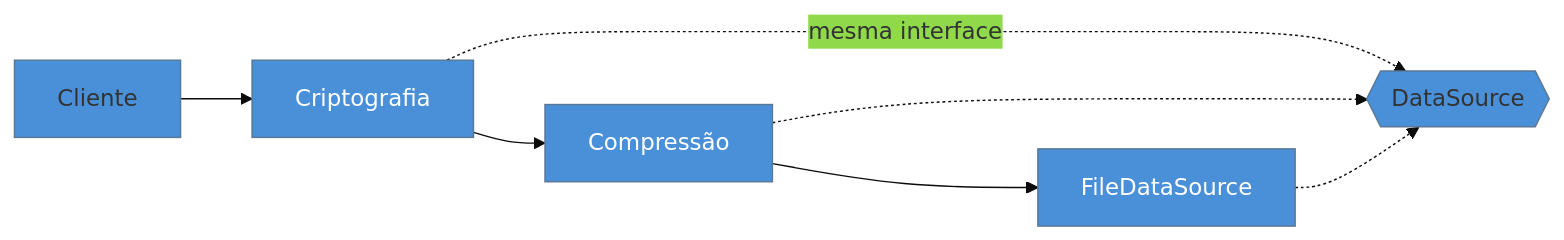
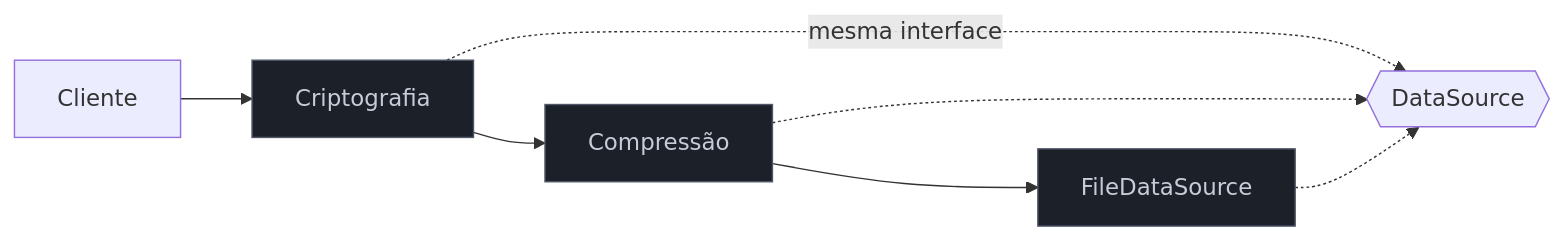
Before and after one commit to josenaldo/codex-technomanticus: the diagram in 03-Dominios/Engenharia/Design de Software/Padrões de Projeto/Clássicos (GoF)/08 - Decorator.md, drawn with Mermaid. The commit also changed 1181 other files, not shown here.

First line of the commit message:
fix(diagramas): paleta do sistema no lugar de cor cravada no markdown

````diff
--- a/03-Dominios/Engenharia/Design de Software/Padrões de Projeto/Clássicos (GoF)/08 - Decorator.md
+++ b/03-Dominios/Engenharia/Design de Software/Padrões de Projeto/Clássicos (GoF)/08 - Decorator.md
@@ -34,12 +34,12 @@
 ```mermaid
-%%{init: {"theme": "base", "themeVariables": {"primaryColor": "#4A90D9"}}}%%
 graph LR
+    classDef neutro fill:#1B2029,stroke:#4E5666,color:#C6CCD8
     Cliente --> D1[Criptografia] --> D2[Compressão] --> Core[FileDataSource]
     D1 -.mesma interface.-> I{{DataSource}}
     D2 -.-> I
     Core -.-> I
 
-    style D1 fill:#4A90D9,color:#fff
-    style D2 fill:#4A90D9,color:#fff
-    style Core fill:#4A90D9,color:#fff
+    class D1 neutro
+    class D2 neutro
+    class Core neutro
 ```
````
